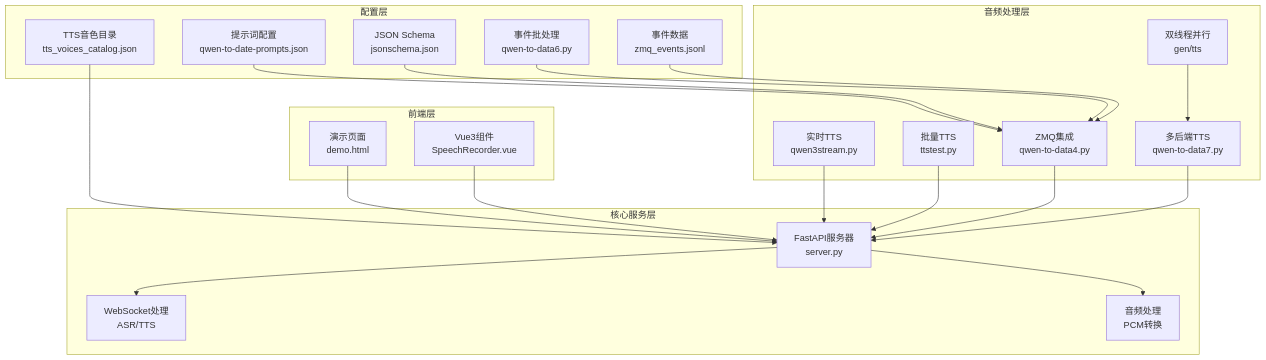
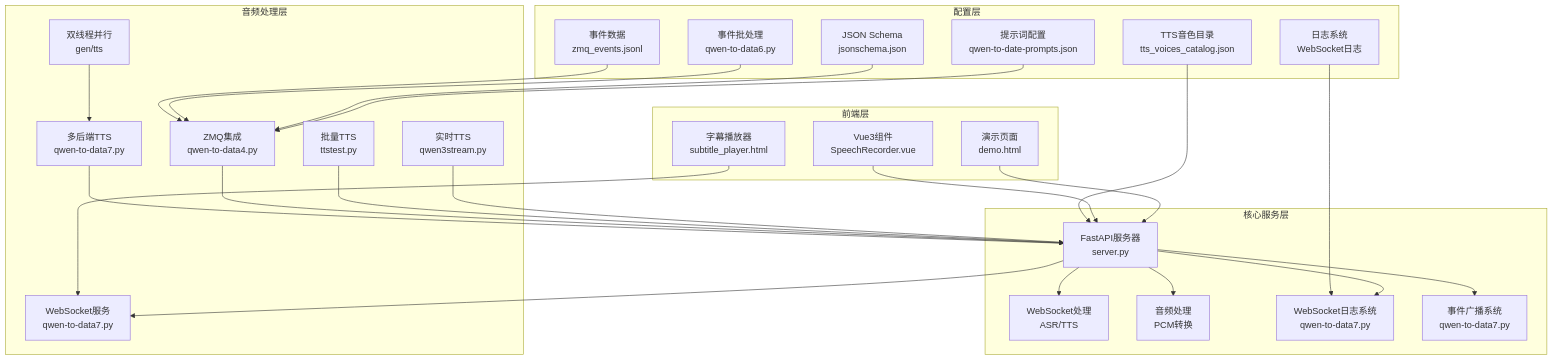
The first of 23 diagrams in .qoder/repowiki/zh/content/语音合成服务/实时TTS合成.md (1024dashen/Vue3Speech), drawn with Mermaid before and after one commit. The commit also changed other lines of this file and 10 other files, not shown here.

````diff
--- a/.qoder/repowiki/zh/content/语音合成服务/实时TTS合成.md
+++ b/.qoder/repowiki/zh/content/语音合成服务/实时TTS合成.md
@@ -67,40 +69,50 @@
 ```mermaid
 graph TB
 subgraph "核心服务层"
 A[FastAPI服务器<br/>server.py]
 B[WebSocket处理<br/>ASR/TTS]
 C[音频处理<br/>PCM转换]
+D[WebSocket日志系统<br/>qwen-to-data7.py]
+E[事件广播系统<br/>qwen-to-data7.py]
 end
 subgraph "前端层"
-D[演示页面<br/>demo.html]
-E[Vue3组件<br/>SpeechRecorder.vue]
+F[演示页面<br/>demo.html]
+G[Vue3组件<br/>SpeechRecorder.vue]
+H[字幕播放器<br/>subtitle_player.html]
 end
 subgraph "音频处理层"
-F[实时TTS<br/>qwen3stream.py]
-G[批量TTS<br/>ttstest.py]
-H[ZMQ集成<br/>qwen-to-data4.py]
-I[多后端TTS<br/>qwen-to-data7.py]
-J[双线程并行<br/>gen/tts]
+I[实时TTS<br/>qwen3stream.py]
+J[批量TTS<br/>ttstest.py]
+K[ZMQ集成<br/>qwen-to-data4.py]
+L[多后端TTS<br/>qwen-to-data7.py]
+M[双线程并行<br/>gen/tts]
+N[WebSocket服务<br/>qwen-to-data7.py]
 end
 subgraph "配置层"
-K[TTS音色目录<br/>tts_voices_catalog.json]
-L[提示词配置<br/>qwen-to-date-prompts.json]
-M[JSON Schema<br/>jsonschema.json]
-N[事件批处理<br/>qwen-to-data6.py]
-O[事件数据<br/>zmq_events.jsonl]
+O[TTS音色目录<br/>tts_voices_catalog.json]
+P[提示词配置<br/>qwen-to-date-prompts.json]
+Q[JSON Schema<br/>jsonschema.json]
+R[事件批处理<br/>qwen-to-data6.py]
+S[事件数据<br/>zmq_events.jsonl]
+T[日志系统<br/>WebSocket日志]
 end
 A --> B
 A --> C
-D --> A
-E --> A
+A --> D
+A --> E
+A --> N
 F --> A
 G --> A
-H --> A
+H --> N
 I --> A
-J --> I
+J --> A
 K --> A
-L --> H
-M --> H
-N --> H
-O --> H
+L --> A
+M --> L
+O --> A
+P --> K
+Q --> K
+R --> K
+S --> K
+T --> D
 ```
````
